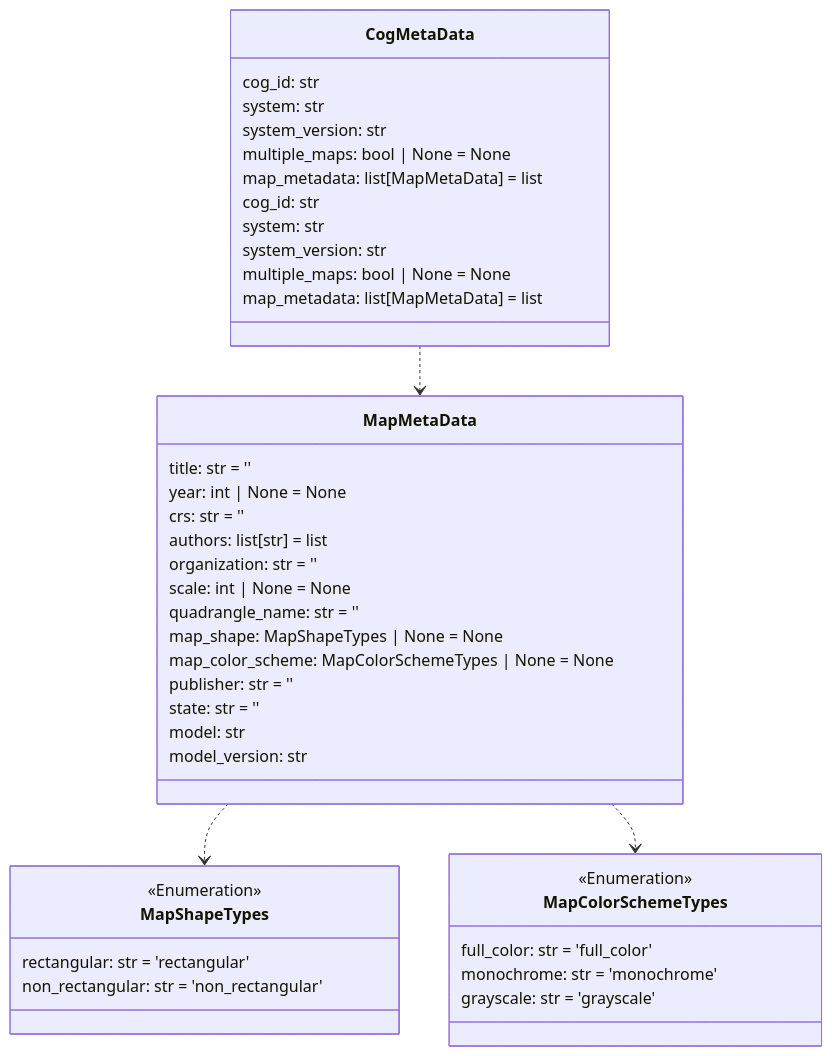
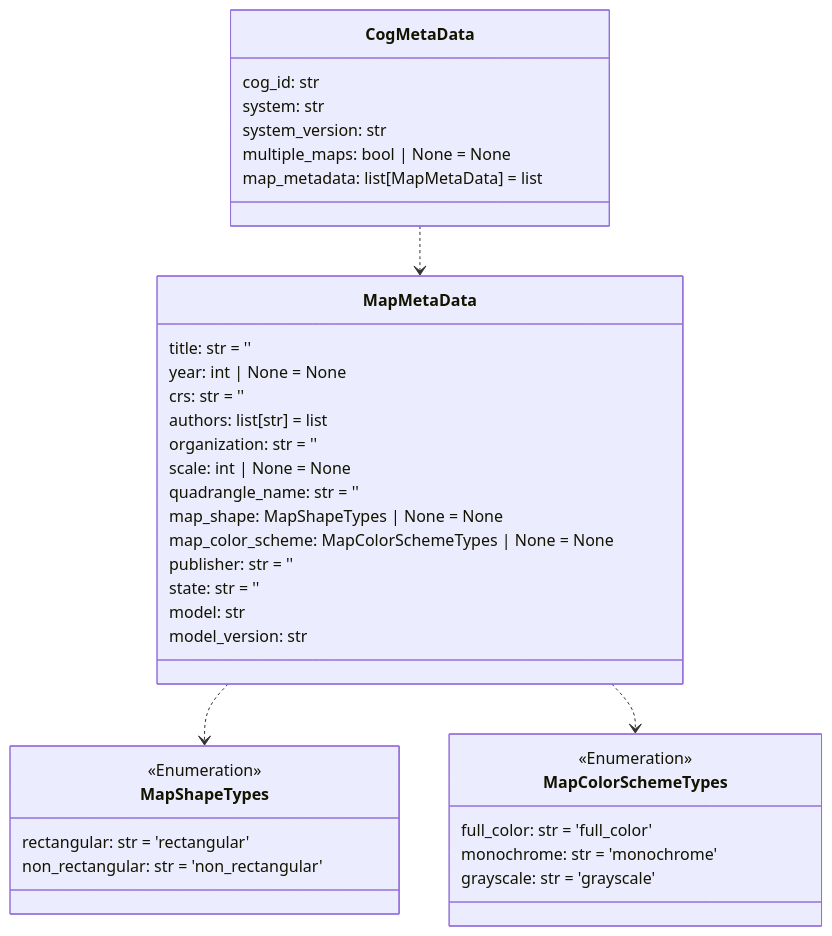
One commit to DARPA-CRITICALMAAS/cdr_schemas changed the third of 14 diagrams in README.md. Above: the diagram before and after it, drawn with Mermaid. The commit also changed other lines of this file and 1 other file, not shown here.

````diff
--- a/README.md
+++ b/README.md
@@ -212,54 +204,46 @@
 ```mermaid
 classDiagram
 
     class MapShapeTypes {
         <<Enumeration>>
         rectangular: str = 'rectangular'
         non_rectangular: str = 'non_rectangular'
-    }
-
-    class CogMetaData {
-        cog_id: str
-        system: str
-        system_version: str
-        multiple_maps: bool | None = None
-        map_metadata: list[MapMetaData] = list
     }
 
     class MapMetaData {
         title: str = ''
         year: int | None = None
         crs: str = ''
         authors: list[str] = list
         organization: str = ''
         scale: int | None = None
         quadrangle_name: str = ''
         map_shape: MapShapeTypes | None = None
         map_color_scheme: MapColorSchemeTypes | None = None
         publisher: str = ''
         state: str = ''
         model: str
         model_version: str
     }
 
     class MapColorSchemeTypes {
         <<Enumeration>>
         full_color: str = 'full_color'
         monochrome: str = 'monochrome'
         grayscale: str = 'grayscale'
     }
 
     class CogMetaData {
         cog_id: str
         system: str
         system_version: str
         multiple_maps: bool | None = None
         map_metadata: list[MapMetaData] = list
     }
 
     MapMetaData ..> MapShapeTypes
     MapMetaData ..> MapColorSchemeTypes
     CogMetaData ..> MapMetaData
 
 
 ```
````
